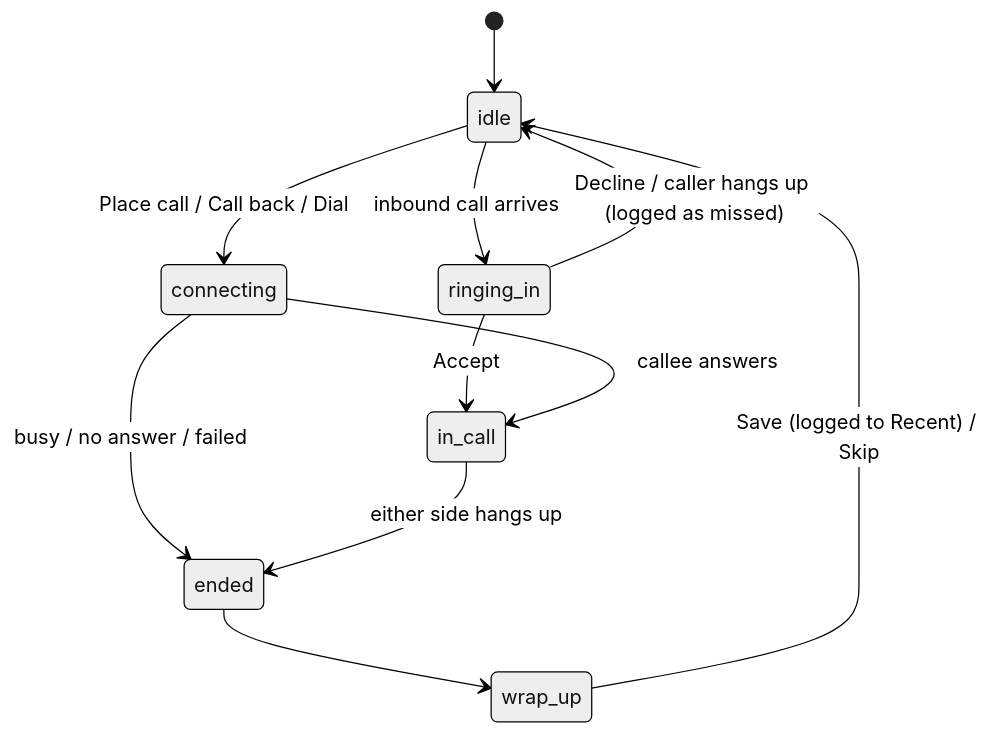
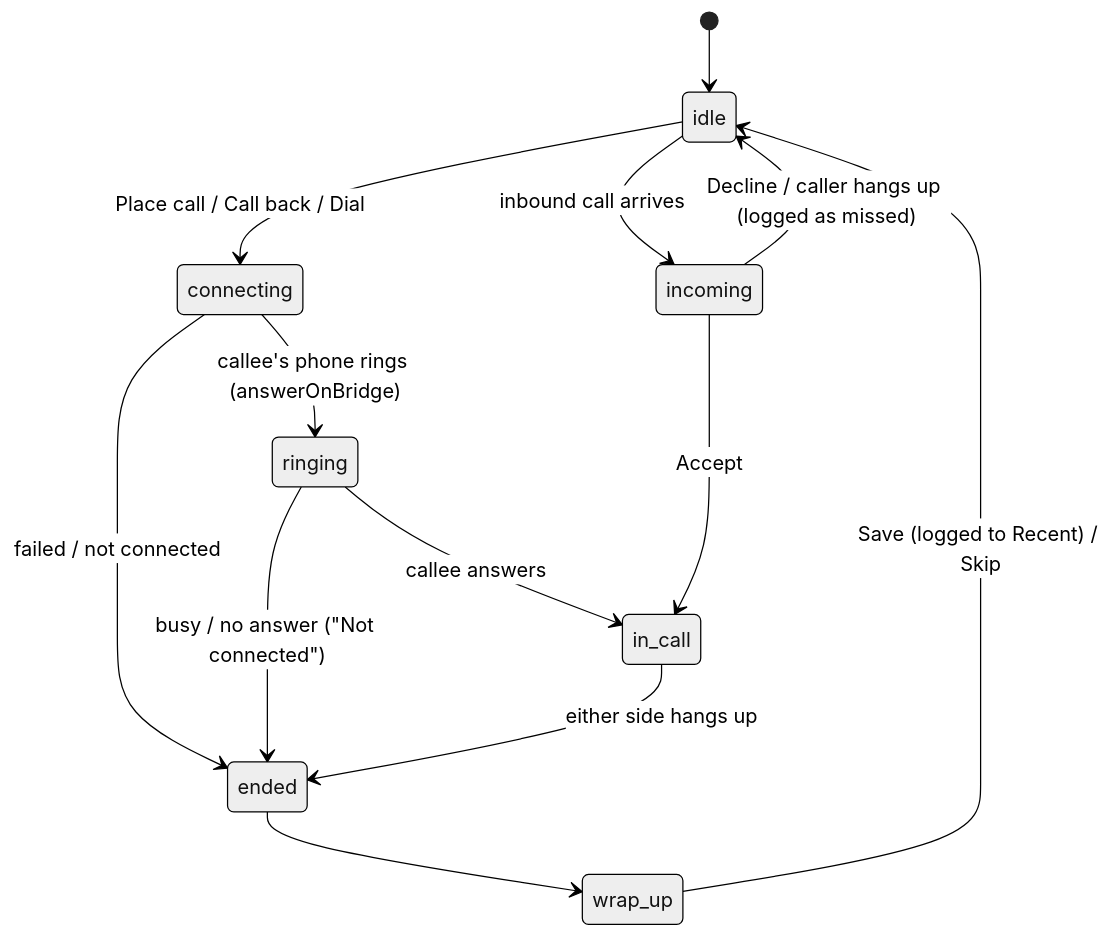
The second of 4 diagrams in flow.md (arnavXgupta/onground-callcentre), drawn with Mermaid (neutral theme) before and after one commit. The commit also changed other lines of this file and 41 other files, not shown here.

First line of the commit message:
feat(calling): browser softphone with Twilio Voice, inbound ringing, wrap-up

````diff
--- a/flow.md
+++ b/flow.md
@@ -40,13 +40,15 @@
 ```mermaid
 stateDiagram-v2
   [*] --> idle
   idle --> connecting: Place call / Call back / Dial
-  idle --> ringing_in: inbound call arrives
-  ringing_in --> in_call: Accept
-  ringing_in --> idle: Decline / caller hangs up (logged as missed)
-  connecting --> in_call: callee answers
-  connecting --> ended: busy / no answer / failed
+  connecting --> ringing: callee's phone rings (answerOnBridge)
+  ringing --> in_call: callee answers
+  connecting --> ended: failed / not connected
+  ringing --> ended: busy / no answer ("Not connected")
+  idle --> incoming: inbound call arrives
+  incoming --> in_call: Accept
+  incoming --> idle: Decline / caller hangs up (logged as missed)
   in_call --> ended: either side hangs up
   ended --> wrap_up
   wrap_up --> idle: Save (logged to Recent) / Skip
 ```
````
